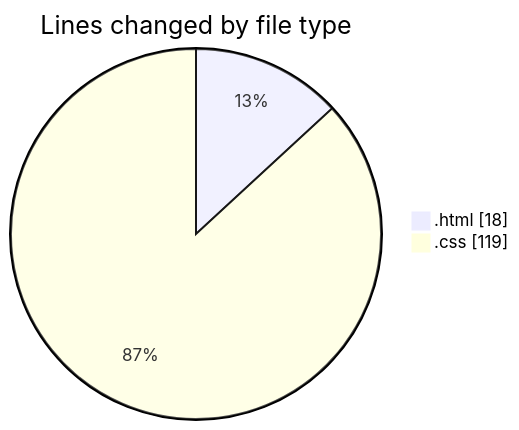
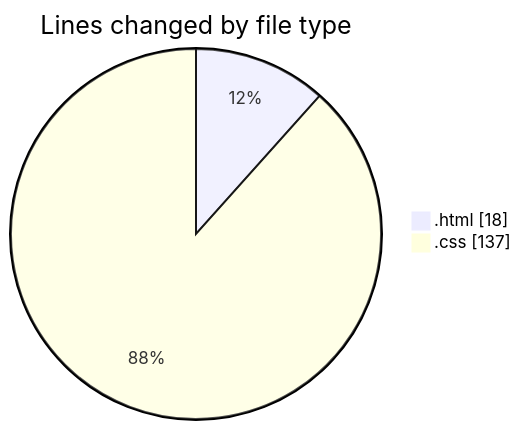
One commit to Ritupan-Deka/code-tracking changed the first of 2 diagrams in 2025-05-26/projects/README.md. Above: the diagram before and after it, drawn with Mermaid. The commit also changed other lines of this file and 1 other file, not shown here.

````diff
--- a/2025-05-26/projects/README.md
+++ b/2025-05-26/projects/README.md
@@ -22,6 +22,6 @@
 ```mermaid
 pie showData
 title Lines changed by file type
 ".html" : 18
-".css" : 119
+".css" : 137
 ```
````
